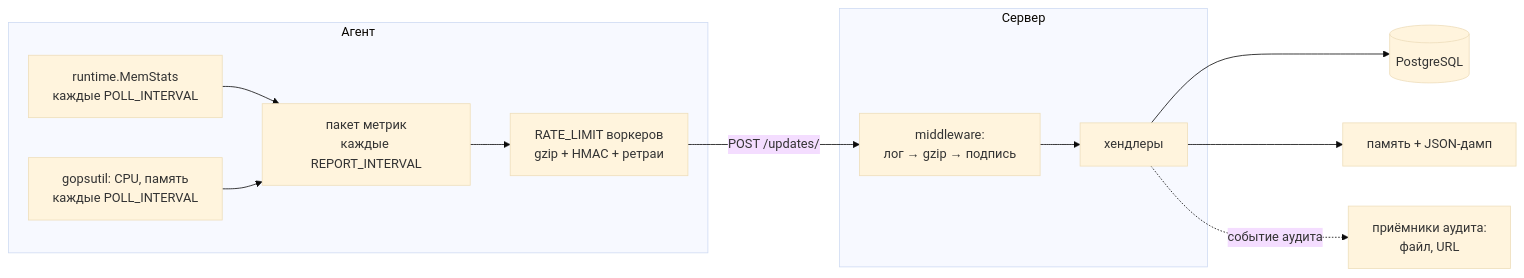
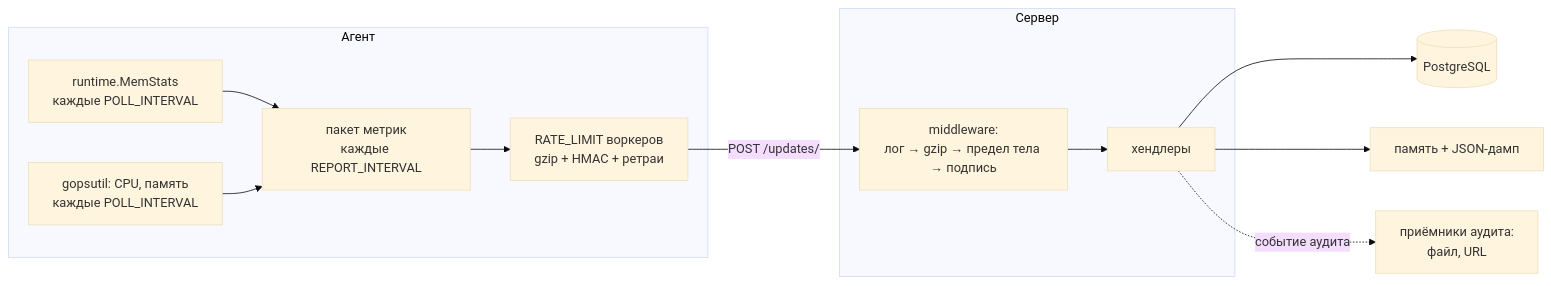
Before and after one commit to Vortex-art-01/mertic: the diagram in README.md, drawn with Mermaid (base theme). The commit also changed other lines of this file and 22 other files, not shown here.

````diff
--- a/README.md
+++ b/README.md
@@ -28,23 +28,23 @@
 ```mermaid
 flowchart LR
     subgraph agent["Агент"]
         rt["runtime.MemStats<br/>каждые POLL_INTERVAL"]
         sys["gopsutil: CPU, память<br/>каждые POLL_INTERVAL"]
         rep["пакет метрик<br/>каждые REPORT_INTERVAL"]
         workers["RATE_LIMIT воркеров<br/>gzip + HMAC + ретраи"]
         rt --> rep
         sys --> rep
         rep --> workers
     end
 
     subgraph server["Сервер"]
-        mw["middleware:<br/>лог → gzip → подпись"]
+        mw["middleware:<br/>лог → gzip → предел тела → подпись"]
         h["хендлеры"]
         mw --> h
     end
 
     workers -- "POST /updates/" --> mw
     h --> pg[("PostgreSQL")]
     h --> mem["память + JSON-дамп"]
     h -.->|"событие аудита"| sinks["приёмники аудита:<br/>файл, URL"]
 ```
````
